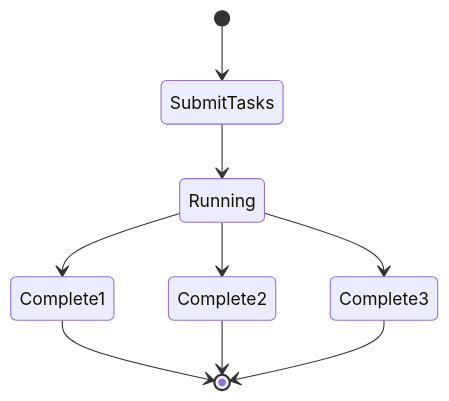
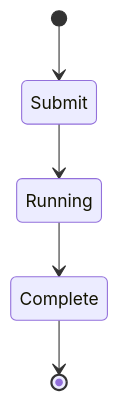
The fourth of 5 diagrams in examples/api_pipeline/19_concurrent_workers/README.md (wisrovi/wpipe), drawn with Mermaid before and after one commit. The commit also changed other lines of this file and 20 other files, not shown here.

First line of the commit message:
Simplify Mermaid diagrams for better rendering

````diff
--- a/examples/api_pipeline/19_concurrent_workers/README.md
+++ b/examples/api_pipeline/19_concurrent_workers/README.md
@@ -56,11 +63,7 @@
 ```mermaid
 stateDiagram-v2
-    [*] --> SubmitTasks
-    SubmitTasks --> Running
-    Running --> Complete1
-    Running --> Complete2
-    Running --> Complete3
-    Complete1 --> [*]
-    Complete2 --> [*]
-    Complete3 --> [*]
+    [*] --> Submit
+    Submit --> Running
+    Running --> Complete
+    Complete --> [*]
 ```
````
